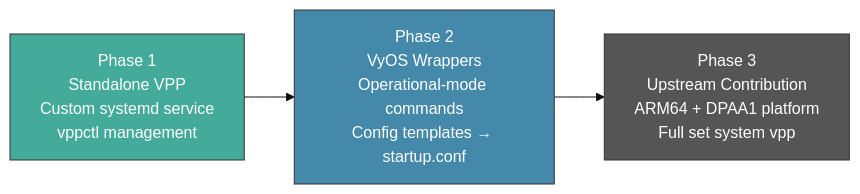
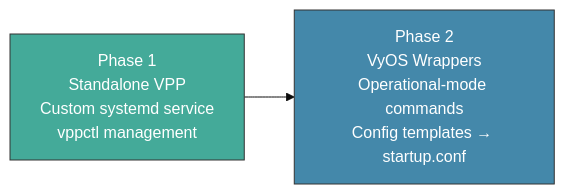
Before and after one commit to Daegara/vyos-ls1046a-build: the first of 5 diagrams in VPP.md, drawn with Mermaid (base theme). The commit also changed other lines of this file and 4 other files, not shown here.

````diff
--- a/VPP.md
+++ b/VPP.md
@@ -55,9 +55,8 @@
 ```mermaid
 flowchart LR
   P1["Phase 1<br/>Standalone VPP<br/>Custom systemd service<br/>vppctl management"] --> P2["Phase 2<br/>VyOS Wrappers<br/>Operational-mode commands<br/>Config templates → startup.conf"]
-  P2 --> P3["Phase 3<br/>Upstream Contribution<br/>ARM64 + DPAA1 platform<br/>Full set system vpp"]
 
   style P1 fill:#4a9,stroke:#333,color:#fff
   style P2 fill:#48a,stroke:#333,color:#fff
-  style P3 fill:#555,stroke:#333,color:#fff
+
 ```
````
